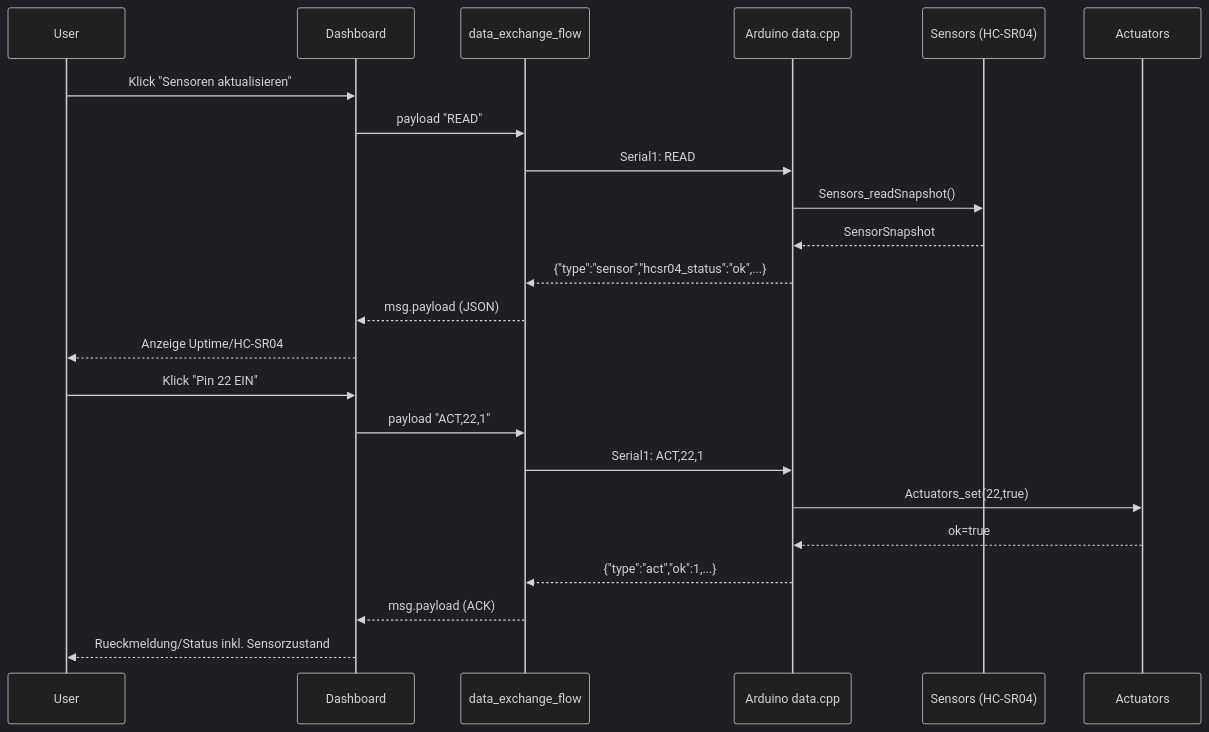
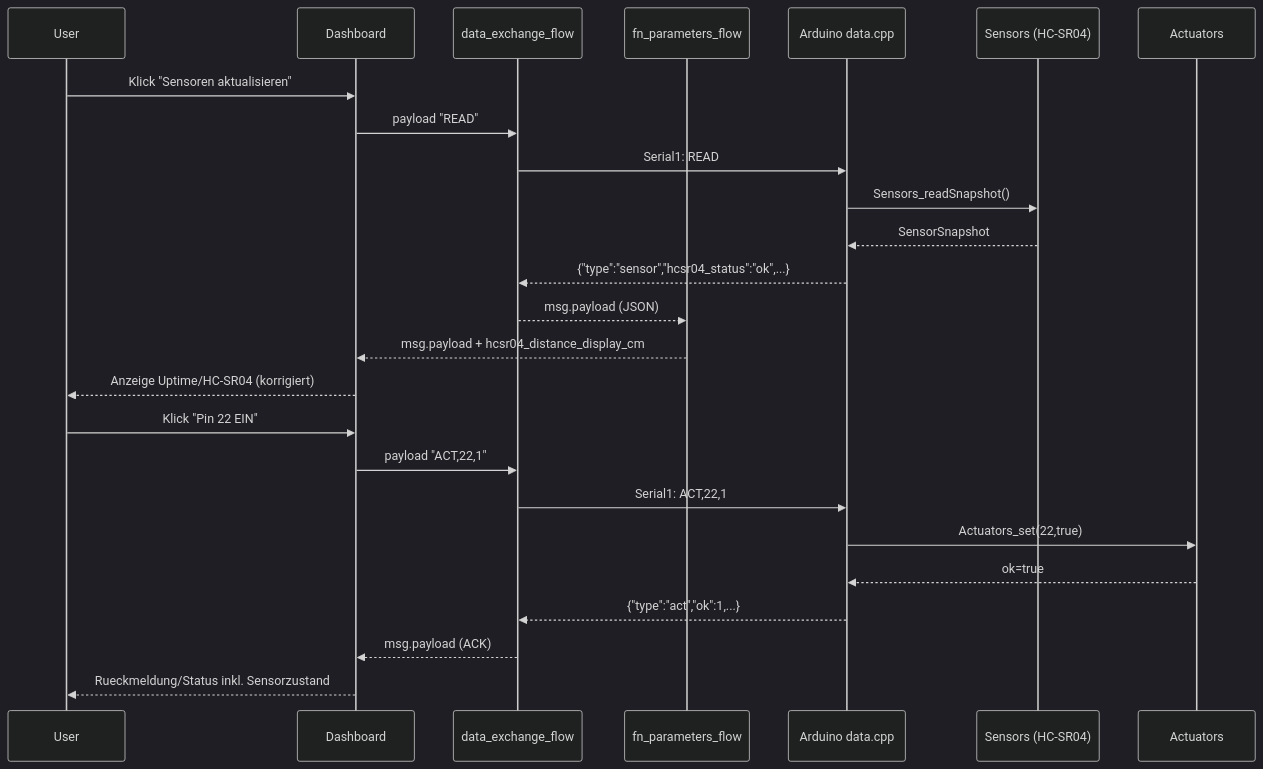
Before and after one commit to HerrnDK/Projekt: the third of 4 diagrams in nodered/flows/FLOW_ARCHITEKTUR_PLAN.md, drawn with Mermaid (dark theme). The commit also changed other lines of this file and 8 other files, not shown here.

````diff
--- a/nodered/flows/FLOW_ARCHITEKTUR_PLAN.md
+++ b/nodered/flows/FLOW_ARCHITEKTUR_PLAN.md
@@ -88,27 +89,29 @@
 ```mermaid
 sequenceDiagram
   participant U as User
   participant D as Dashboard
   participant X as data_exchange_flow
+  participant P as fn_parameters_flow
   participant A as Arduino data.cpp
   participant S as Sensors (HC-SR04)
   participant C as Actuators
 
   U->>D: Klick "Sensoren aktualisieren"
   D->>X: payload "READ"
   X->>A: Serial1: READ
   A->>S: Sensors_readSnapshot()
   S-->>A: SensorSnapshot
   A-->>X: {"type":"sensor","hcsr04_status":"ok",...}
-  X-->>D: msg.payload (JSON)
-  D-->>U: Anzeige Uptime/HC-SR04
+  X-->>P: msg.payload (JSON)
+  P-->>D: msg.payload + hcsr04_distance_display_cm
+  D-->>U: Anzeige Uptime/HC-SR04 (korrigiert)
 
   U->>D: Klick "Pin 22 EIN"
   D->>X: payload "ACT,22,1"
   X->>A: Serial1: ACT,22,1
   A->>C: Actuators_set(22,true)
   C-->>A: ok=true
   A-->>X: {"type":"act","ok":1,...}
   X-->>D: msg.payload (ACK)
   D-->>U: Rueckmeldung/Status inkl. Sensorzustand
 ```
````
